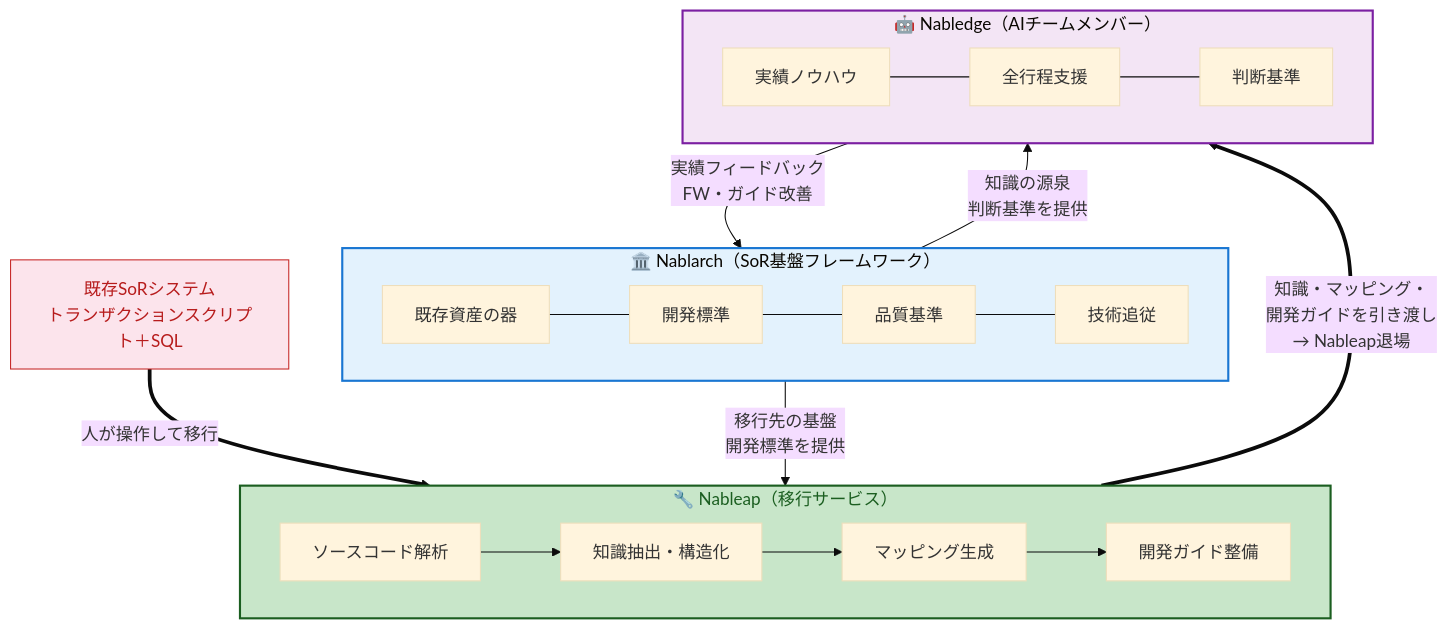
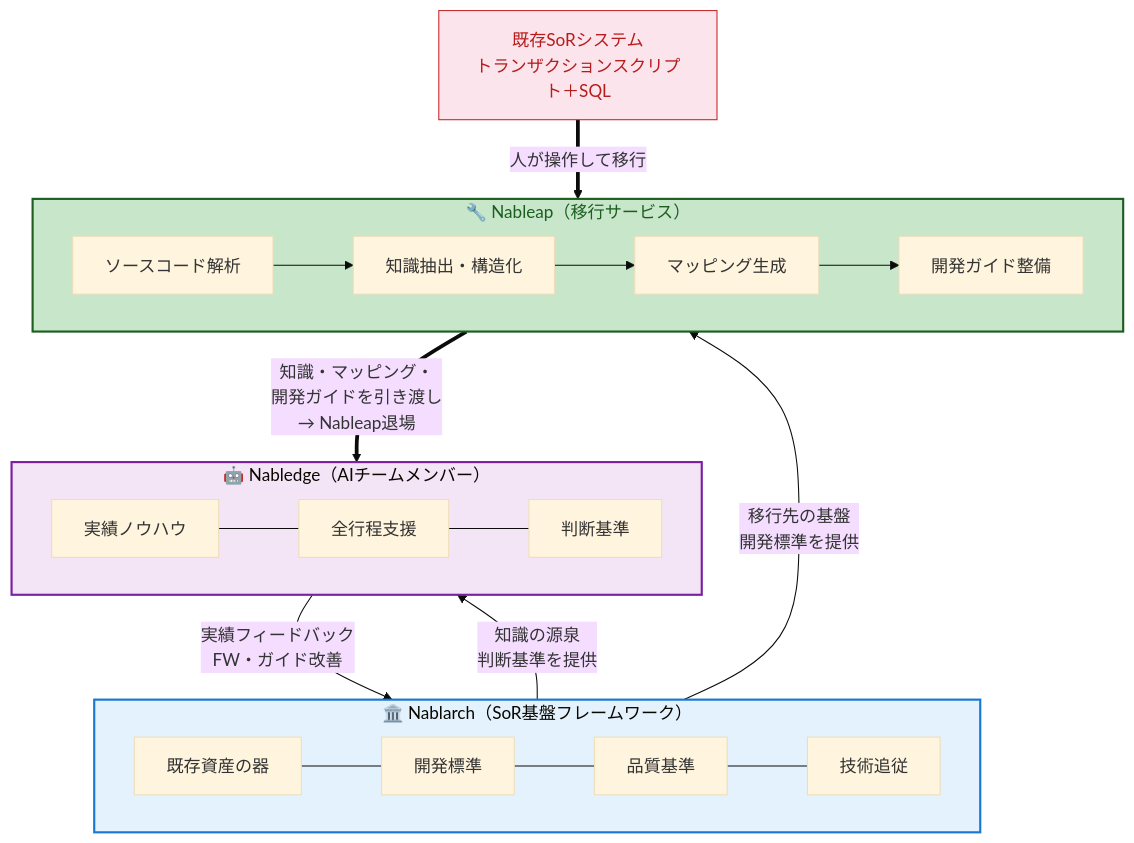
One commit to nablarch/nabledge-dev changed the second of 2 diagrams in doc/grand-design/grand-design.md. Above: the diagram before and after it, drawn with Mermaid (base theme). The commit also changed other lines of this file, not shown here.

First line of the commit message:
Reorder diagram subgraphs: Nablarch, Nabledge, Nableap

````diff
--- a/doc/grand-design/grand-design.md
+++ b/doc/grand-design/grand-design.md
@@ -103,34 +103,34 @@
 ```mermaid
 graph TB
   %% ===== 3プロダクト =====
   subgraph Nablarch["🏛️ Nablarch（SoR基盤フレームワーク）"]
     N1["既存資産の器"] --- N2["開発標準"] --- N3["品質基準"] --- N4["技術追従"]
   end
 
+  subgraph Nabledge["🤖 Nabledge（AIチームメンバー）"]
+    D1["実績ノウハウ"] --- D2["全行程支援"] --- D3["判断基準"]
+  end
+
   subgraph Nableap["🔧 Nableap（移行サービス）"]
     direction LR
     L1["ソースコード解析"] --> L2["知識抽出・構造化"]
     L2 --> L3["マッピング生成"]
     L3 --> L4["開発ガイド整備"]
-  end
-
-  subgraph Nabledge["🤖 Nabledge（AIチームメンバー）"]
-    D1["実績ノウハウ"] --- D2["全行程支援"] --- D3["判断基準"]
   end
 
   %% ===== 既存システム =====
   LEGACY["既存SoRシステム<br/>トランザクションスクリプト＋SQL"]
 
   %% ===== 関係 =====
   LEGACY ==>|"人が操作して移行"| Nableap
   Nableap ==>|"知識・マッピング・<br/>開発ガイドを引き渡し<br/>→ Nableap退場"| Nabledge
   Nablarch -->|"知識の源泉<br/>判断基準を提供"| Nabledge
   Nablarch -->|"移行先の基盤<br/>開発標準を提供"| Nableap
   Nabledge -->|"実績フィードバック<br/>FW・ガイド改善"| Nablarch
 
   %% ===== スタイル =====
   style Nablarch fill:#e3f2fd,stroke:#1976d2,stroke-width:2px
   style Nableap fill:#c8e6c9,stroke:#1b5e20,color:#1b5e20,stroke-width:2px
   style Nabledge fill:#f3e5f5,stroke:#7b1fa2,stroke-width:2px
   style LEGACY fill:#fce4ec,stroke:#c62828,color:#b71c1c
 ```
````
